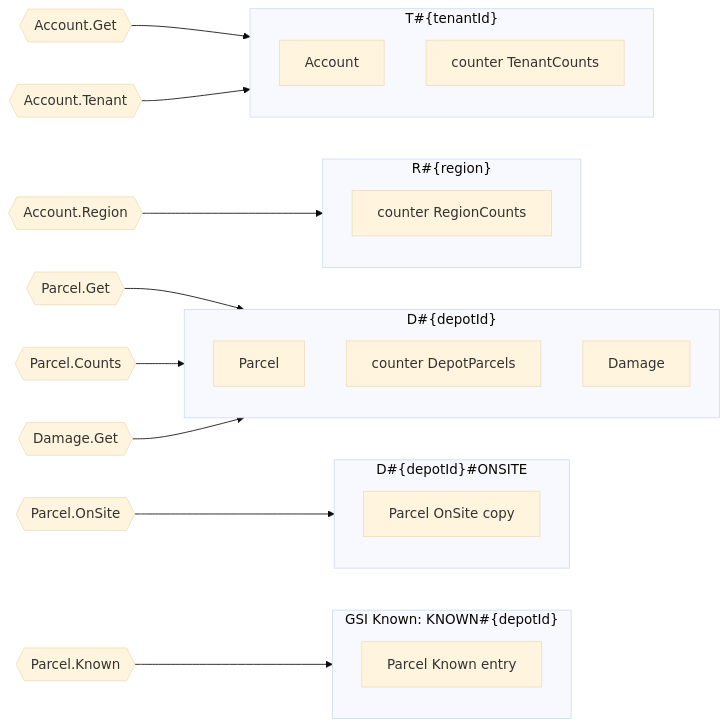
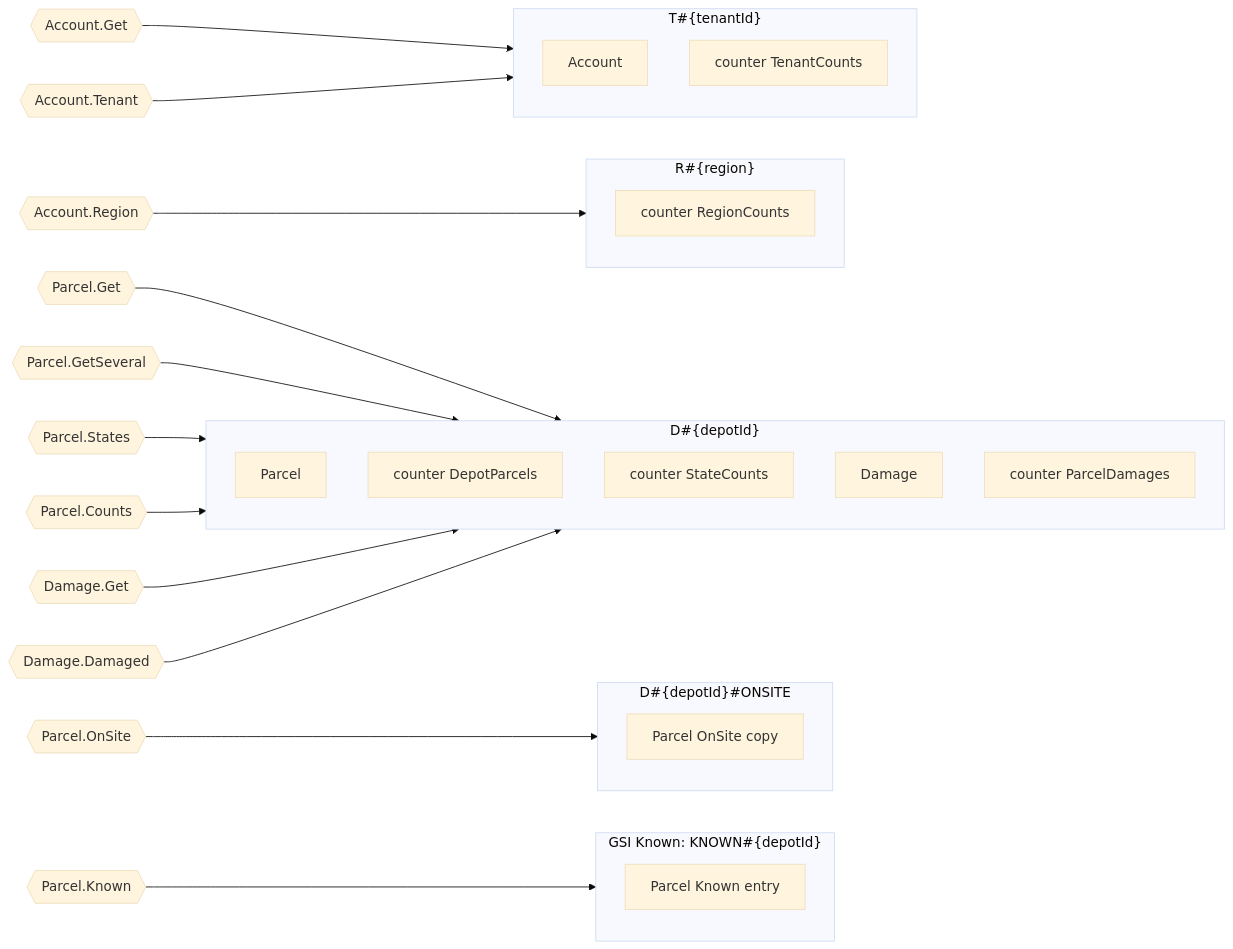
The fourth of 7 diagrams in internal/e2e/fixture/fixture.model.md (nicklanng/dynago), drawn with Mermaid (base theme) before and after one commit. The commit also changed other lines of this file and 21 other files, not shown here.

First line of the commit message:
Reads of several items: batch get by key, and all of a counter's items

````diff
--- a/internal/e2e/fixture/fixture.model.md
+++ b/internal/e2e/fixture/fixture.model.md
@@ -153,29 +156,34 @@
 ```mermaid
 flowchart LR
   subgraph p0["T#35;{tenantId}"]
     p0m0["Account"]
     p0m1["counter TenantCounts"]
   end
   subgraph p1["R#35;{region}"]
     p1m0["counter RegionCounts"]
   end
   subgraph p2["D#35;{depotId}"]
     p2m0["Parcel"]
     p2m1["counter DepotParcels"]
-    p2m2["Damage"]
+    p2m2["counter StateCounts"]
+    p2m3["Damage"]
+    p2m4["counter ParcelDamages"]
   end
   subgraph p3["D#35;{depotId}#35;ONSITE"]
     p3m0["Parcel OnSite copy"]
   end
   subgraph p4["GSI Known: KNOWN#35;{depotId}"]
     p4m0["Parcel Known entry"]
   end
   r_Account_Get{{"Account.Get"}} --> p0
   r_Account_Tenant{{"Account.Tenant"}} --> p0
   r_Account_Region{{"Account.Region"}} --> p1
   r_Parcel_Get{{"Parcel.Get"}} --> p2
+  r_Parcel_GetSeveral{{"Parcel.GetSeveral"}} --> p2
+  r_Parcel_States{{"Parcel.States"}} --> p2
   r_Parcel_OnSite{{"Parcel.OnSite"}} --> p3
   r_Parcel_Known{{"Parcel.Known"}} --> p4
   r_Parcel_Counts{{"Parcel.Counts"}} --> p2
   r_Damage_Get{{"Damage.Get"}} --> p2
+  r_Damage_Damaged{{"Damage.Damaged"}} --> p2
 ```
````
